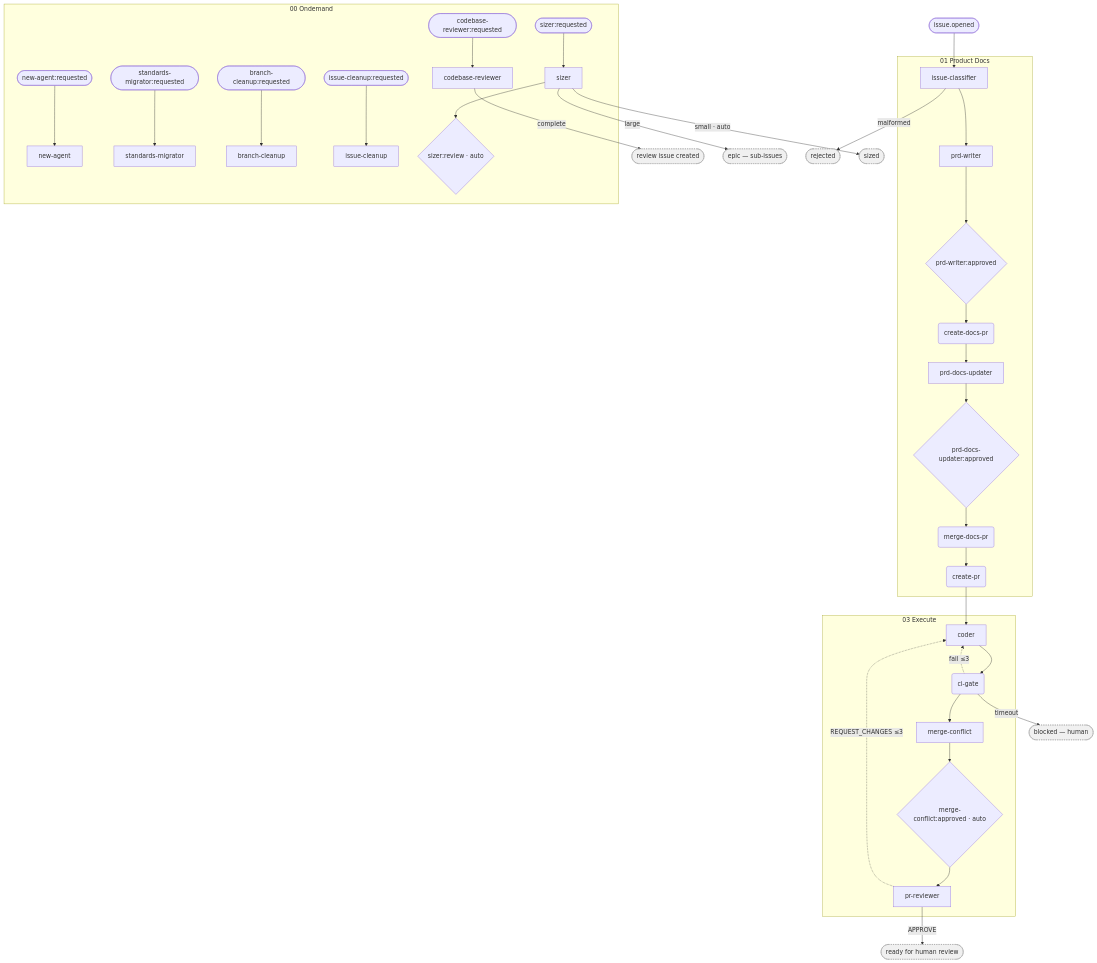
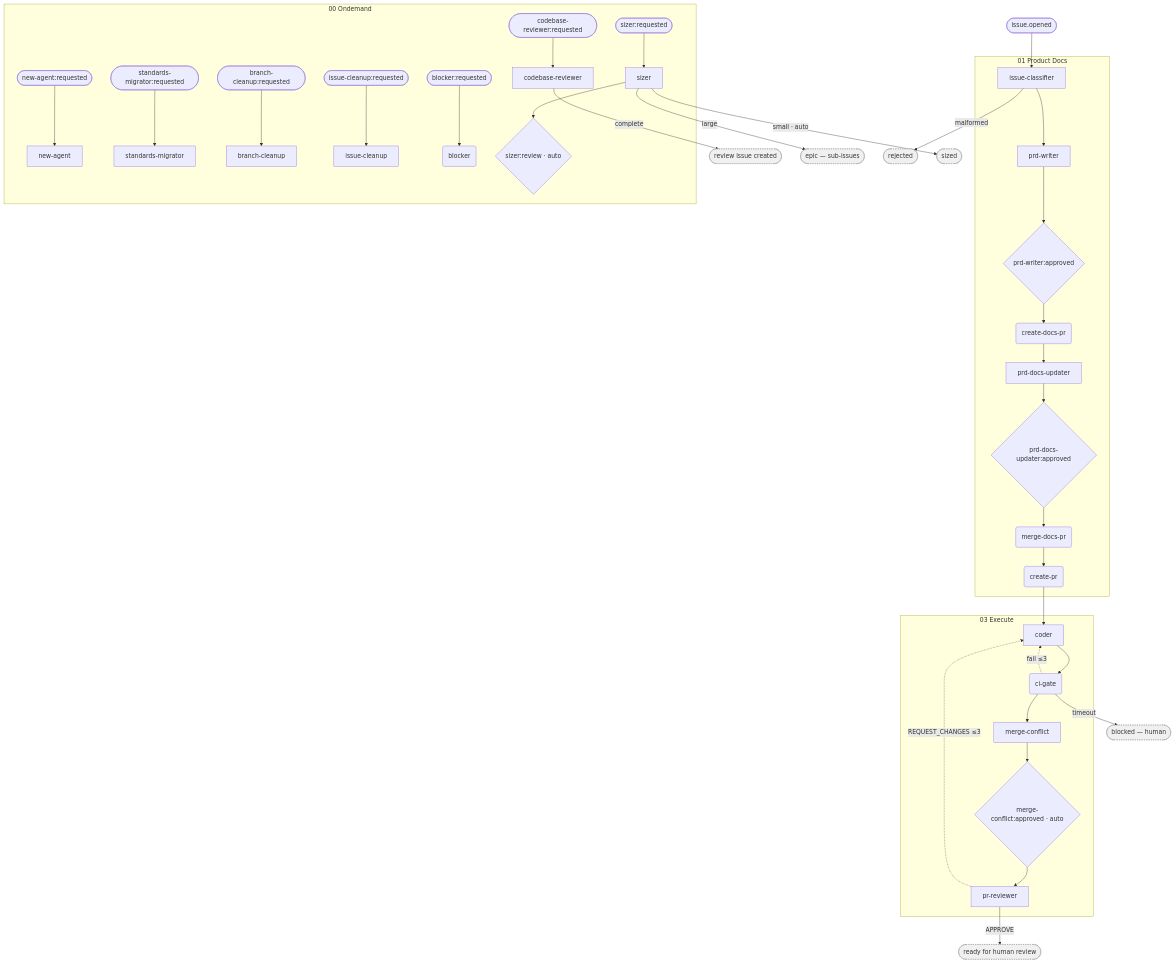
The diagram in docs/product/orchestrator/generated/pipeline_phases.mmd (M-A-Operating-System/ai-coding-standards2), drawn with Mermaid before and after one commit. The commit also changed 2 other files, not shown here.

Commit message:
chore: regenerate pipeline diagrams

```diff
--- a/docs/product/orchestrator/generated/pipeline_phases.mmd
+++ b/docs/product/orchestrator/generated/pipeline_phases.mmd
@@ -1,69 +1,72 @@
 flowchart TD
     entry_n_01_product_docs__issue_classifier(["issue.opened"])
     subgraph 01_product_docs["01 Product Docs"]
         n_01_product_docs__issue_classifier["issue-classifier"]
         n_01_product_docs__prd_writer["prd-writer"]
         n_01_product_docs__create_docs_pr("create-docs-pr")
         n_01_product_docs__create_pr("create-pr")
         n_01_product_docs__prd_docs_updater["prd-docs-updater"]
         n_01_product_docs__merge_docs_pr("merge-docs-pr")
         gate__n_01_product_docs__prd_writer{"prd-writer:approved"}
         gate__n_01_product_docs__prd_docs_updater{"prd-docs-updater:approved"}
     end
     subgraph 03_execute["03 Execute"]
         n_03_execute__coder["coder"]
         n_03_execute__ci_gate("ci-gate")
         n_03_execute__merge_conflict["merge-conflict"]
         n_03_execute__pr_reviewer["pr-reviewer"]
         gate__n_03_execute__merge_conflict{"merge-conflict:approved · auto"}
     end
     subgraph 00_ondemand["00 Ondemand"]
         entry_n_00_ondemand__codebase_reviewer(["codebase-reviewer:requested"])
         entry_n_00_ondemand__sizer(["sizer:requested"])
         entry_n_00_ondemand__new_agent(["new-agent:requested"])
         entry_n_00_ondemand__standards_migrator(["standards-migrator:requested"])
         entry_n_00_ondemand__branch_cleanup(["branch-cleanup:requested"])
         entry_n_00_ondemand__issue_cleanup(["issue-cleanup:requested"])
+        entry_n_00_ondemand__blocker(["blocker:requested"])
         n_00_ondemand__codebase_reviewer["codebase-reviewer"]
         n_00_ondemand__sizer["sizer"]
         n_00_ondemand__new_agent["new-agent"]
         n_00_ondemand__standards_migrator["standards-migrator"]
         n_00_ondemand__branch_cleanup["branch-cleanup"]
         n_00_ondemand__issue_cleanup["issue-cleanup"]
+        n_00_ondemand__blocker("blocker")
         gate__n_00_ondemand__sizer{"sizer:review · auto"}
     end
     term_blocked(["blocked — human"]):::term
     term_cr_done(["review issue created"]):::term
     term_epic(["epic — sub-issues"]):::term
     term_ready(["ready for human review"]):::term
     term_rejected(["rejected"]):::term
     term_sized(["sized"]):::term
     entry_n_01_product_docs__issue_classifier --> n_01_product_docs__issue_classifier
     entry_n_00_ondemand__codebase_reviewer --> n_00_ondemand__codebase_reviewer
     entry_n_00_ondemand__sizer --> n_00_ondemand__sizer
     entry_n_00_ondemand__new_agent --> n_00_ondemand__new_agent
     entry_n_00_ondemand__standards_migrator --> n_00_ondemand__standards_migrator
     entry_n_00_ondemand__branch_cleanup --> n_00_ondemand__branch_cleanup
     entry_n_00_ondemand__issue_cleanup --> n_00_ondemand__issue_cleanup
+    entry_n_00_ondemand__blocker --> n_00_ondemand__blocker
     n_01_product_docs__prd_writer --> gate__n_01_product_docs__prd_writer
     n_01_product_docs__prd_docs_updater --> gate__n_01_product_docs__prd_docs_updater
     n_03_execute__merge_conflict --> gate__n_03_execute__merge_conflict
     n_00_ondemand__sizer --> gate__n_00_ondemand__sizer
     n_01_product_docs__issue_classifier --> n_01_product_docs__prd_writer
     gate__n_01_product_docs__prd_writer --> n_01_product_docs__create_docs_pr
     n_01_product_docs__merge_docs_pr --> n_01_product_docs__create_pr
     n_01_product_docs__create_docs_pr --> n_01_product_docs__prd_docs_updater
     gate__n_01_product_docs__prd_docs_updater --> n_01_product_docs__merge_docs_pr
     n_01_product_docs__create_pr --> n_03_execute__coder
     n_03_execute__coder --> n_03_execute__ci_gate
     n_03_execute__ci_gate --> n_03_execute__merge_conflict
     gate__n_03_execute__merge_conflict --> n_03_execute__pr_reviewer
     n_03_execute__pr_reviewer -. REQUEST_CHANGES ≤3 .-> n_03_execute__coder
     n_03_execute__ci_gate -. fail ≤3 .-> n_03_execute__coder
     n_01_product_docs__issue_classifier -->|malformed| term_rejected
     n_03_execute__ci_gate -->|timeout| term_blocked
     n_03_execute__pr_reviewer -->|APPROVE| term_ready
     n_00_ondemand__sizer -->|small · auto| term_sized
     n_00_ondemand__sizer -->|large| term_epic
     n_00_ondemand__codebase_reviewer -->|complete| term_cr_done
     classDef term fill:#f0f0f0,stroke:#999,stroke-dasharray:3
```
